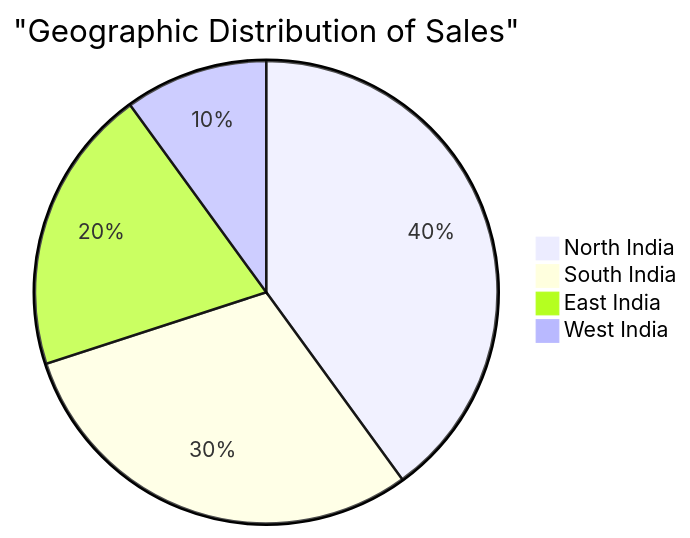
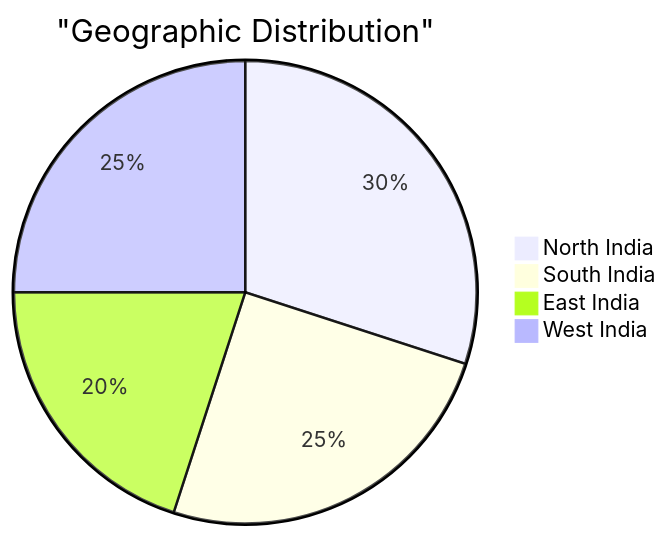
The seventh of 15 diagrams in docs/0001_3PlyMask/Deep-Research.md (arindampradhan/pmegpeportal-programme), drawn with Mermaid before and after one commit. The commit also changed other lines of this file and 2 other files, not shown here.

````diff
--- a/docs/0001_3PlyMask/Deep-Research.md
+++ b/docs/0001_3PlyMask/Deep-Research.md
@@ -254,7 +265,7 @@
 ```mermaid
-pie title "Geographic Distribution of Sales"
-    "North India" : 40
-    "South India" : 30
+pie title "Geographic Distribution"
+    "North India" : 30
+    "South India" : 25
     "East India" : 20
-    "West India" : 10
+    "West India" : 25
 ```
````
